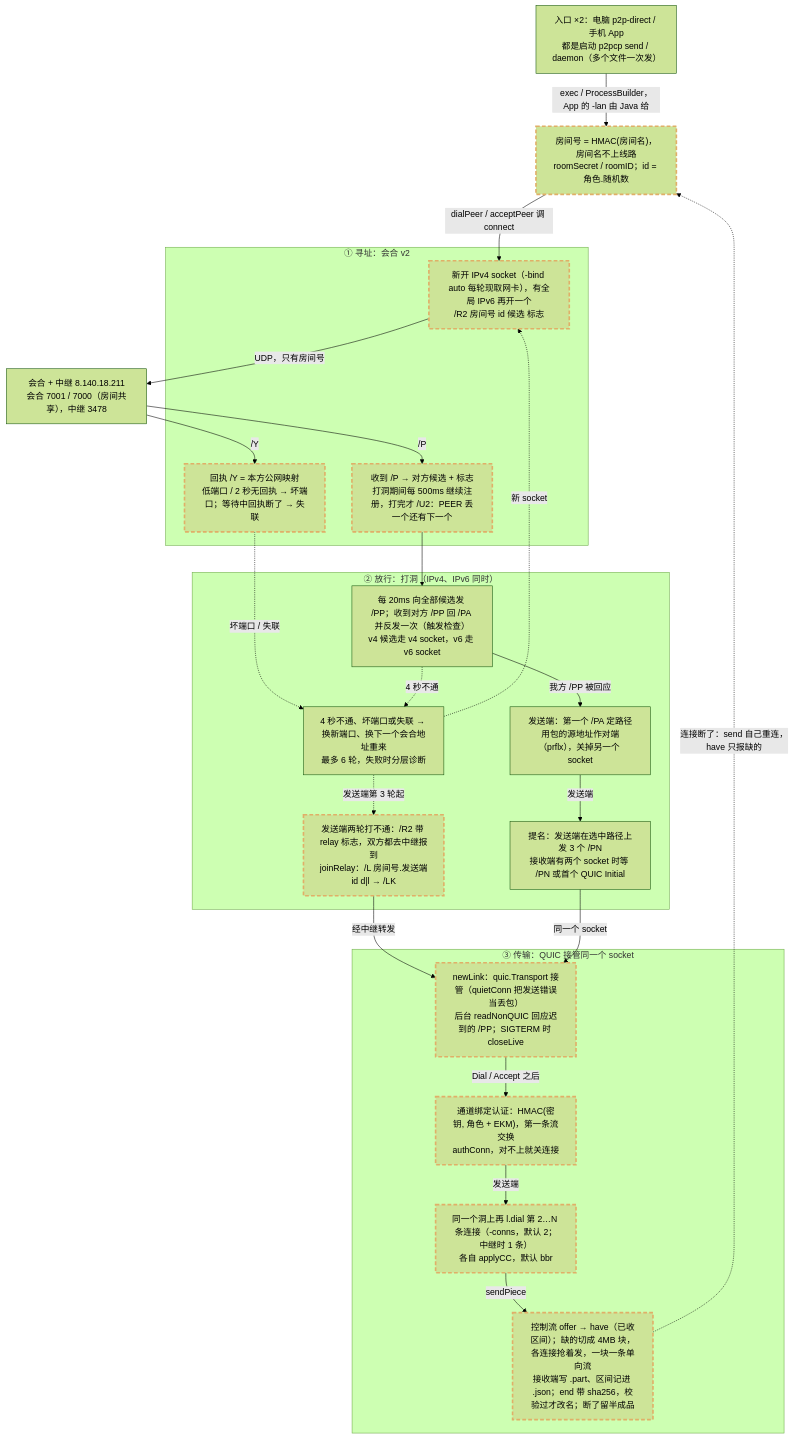
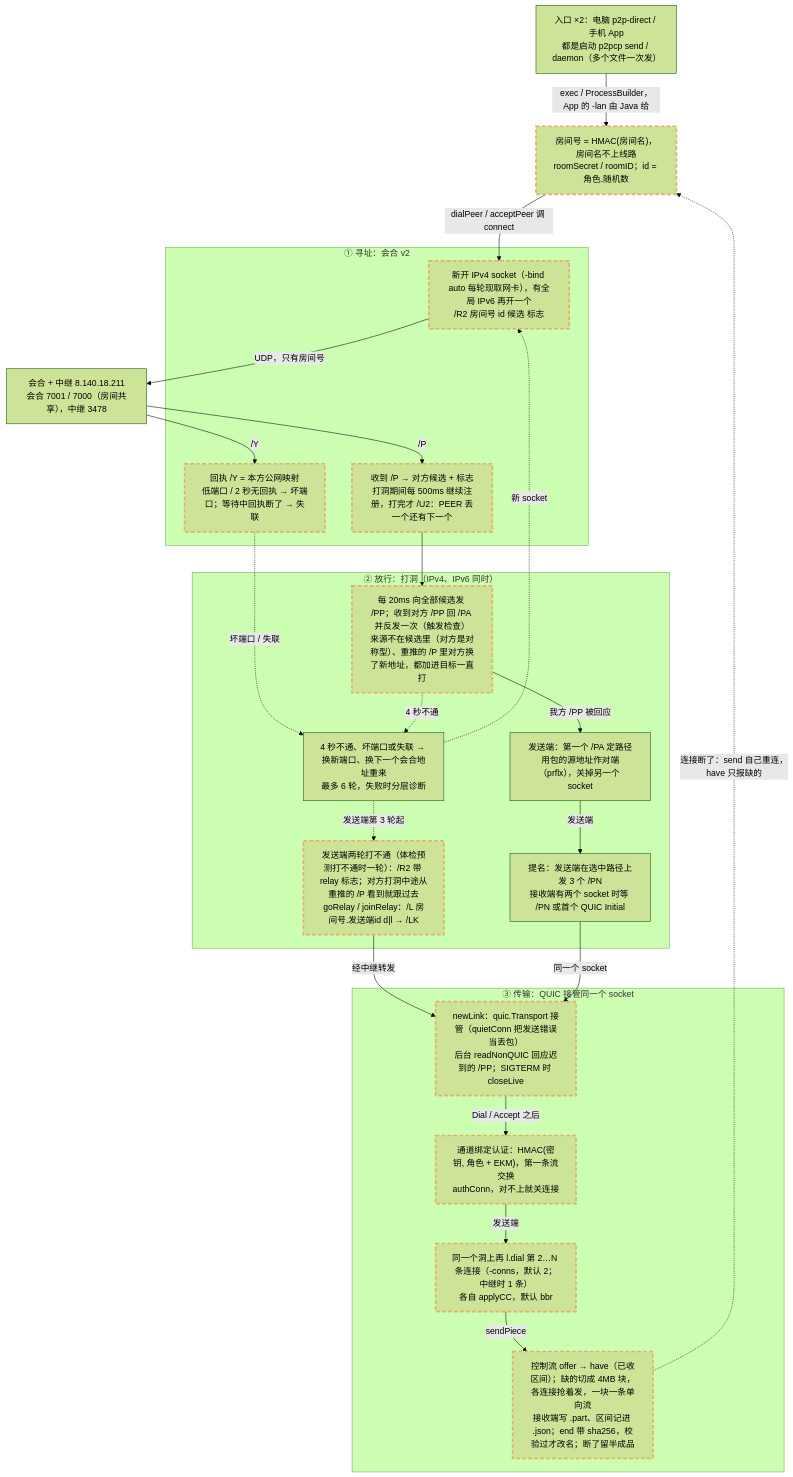
Before and after one commit to numb747/uu-remote-study: the diagram in docs/arch/24-flow-p2pcp.mmd, drawn with Mermaid (forest theme). The commit also changed 5 other files, not shown here.

First line of the commit message:
架构设计：先体检、再直传（DESIGN.md + 两张新图）

```diff
--- a/docs/arch/24-flow-p2pcp.mmd
+++ b/docs/arch/24-flow-p2pcp.mmd
@@ -1,60 +1,60 @@
 flowchart TD
   entry["入口 ×2：电脑 p2p-direct / 手机 App<br/>都是启动 p2pcp send / daemon（多个文件一次发）"]
   rid["房间号 = HMAC(房间名)，房间名不上线路<br/>roomSecret / roomID；id = 角色.随机数"]:::changed
   rdv["会合 + 中继 8.140.18.211<br/>会合 7001 / 7000（房间共享），中继 3478"]
 
   subgraph addr["① 寻址：会合 v2"]
     reg["新开 IPv4 socket（-bind auto 每轮现取网卡），有全局 IPv6 再开一个<br/>/R2 房间号 id 候选 标志"]:::changed
     you["回执 /Y = 本方公网映射<br/>低端口 / 2 秒无回执 → 坏端口；等待中回执断了 → 失联"]:::changed
     peer["收到 /P → 对方候选 + 标志<br/>打洞期间每 500ms 继续注册，打完才 /U2：PEER 丢一个还有下一个"]:::changed
   end
   subgraph pass["② 放行：打洞（IPv4、IPv6 同时）"]
-    punch["每 20ms 向全部候选发 /PP；收到对方 /PP 回 /PA 并反发一次（触发检查）<br/>v4 候选走 v4 socket，v6 走 v6 socket"]
+    punch["每 20ms 向全部候选发 /PP；收到对方 /PP 回 /PA 并反发一次（触发检查）<br/>来源不在候选里（对方是对称型）、重推的 /P 里对方换了新地址，都加进目标一直打"]:::changed
     chosen["发送端：第一个 /PA 定路径<br/>用包的源地址作对端（prflx），关掉另一个 socket"]
     nom["提名：发送端在选中路径上发 3 个 /PN<br/>接收端有两个 socket 时等 /PN 或首个 QUIC Initial"]
     retry["4 秒不通、坏端口或失联 → 换新端口、换下一个会合地址重来<br/>最多 6 轮，失败时分层诊断"]
-    relay["发送端两轮打不通：/R2 带 relay 标志，双方都去中继报到<br/>joinRelay：/L 房间号.发送端id d|l → /LK"]:::changed
+    relay["发送端两轮打不通（体检预测打不通时一轮）：/R2 带 relay 标志；对方打洞中途从重推的 /P 看到就跟过去<br/>goRelay / joinRelay：/L 房间号.发送端id d|l → /LK"]:::changed
   end
   subgraph data["③ 传输：QUIC 接管同一个 socket"]
     quic["newLink：quic.Transport 接管（quietConn 把发送错误当丢包）<br/>后台 readNonQUIC 回应迟到的 /PP；SIGTERM 时 closeLive"]:::changed
     auth["通道绑定认证：HMAC(密钥, 角色 + EKM)，第一条流交换<br/>authConn，对不上就关连接"]:::changed
     conns["同一个洞上再 l.dial 第 2…N 条连接（-conns，默认 2；中继时 1 条）<br/>各自 applyCC，默认 bbr"]:::changed
     pieces["控制流 offer → have（已收区间）；缺的切成 4MB 块，各连接抢着发，一块一条单向流<br/>接收端写 .part、区间记进 .json；end 带 sha256，校验过才改名；断了留半成品"]:::changed
   end
 
   entry -->|"exec / ProcessBuilder，App 的 -lan 由 Java 给"| rid
   rid -->|"dialPeer / acceptPeer 调 connect"| reg
   reg -->|"UDP，只有房间号"| rdv
   rdv -->|"/Y"| you
   rdv -->|"/P"| peer
   you -.->|"坏端口 / 失联"| retry
   peer --> punch
   punch -->|"我方 /PP 被回应"| chosen
   chosen -->|"发送端"| nom
   punch -.->|"4 秒不通"| retry
   retry -.->|"新 socket"| reg
   retry -.->|"发送端第 3 轮起"| relay
   relay -->|"经中继转发"| quic
   nom -->|"同一个 socket"| quic
   quic -->|"Dial / Accept 之后"| auth
   auth -->|"发送端"| conns
   conns -->|"sendPiece"| pieces
   pieces -.->|"连接断了：send 自己重连，have 只报缺的"| rid
 
 %% @src entry apps/pc/p2p-direct case ${1:-} in
 %% @src rid lab/p2pcp/auth.go func roomID(
 %% @src rdv lab/punch/main.go func runServer
-%% @src reg lab/p2pcp/rdv.go reg := fmt.Sprintf("/R2
+%% @src reg lab/p2pcp/rdv.go return []byte(fmt.Sprintf("/R2
 %% @src you lab/p2pcp/rdv.go f[0] == "/Y"
 %% @src peer lab/p2pcp/rdv.go // 打洞期间继续每 500ms 注册一次
 %% @src punch lab/p2pcp/rdv.go via.WriteToUDP(pktPunch, a)
 %% @src chosen lab/p2pcp/rdv.go choose := func(c *net.UDPConn
 %% @src nom lab/p2pcp/rdv.go chosenOn.WriteToUDP(pktNom, chosen)
 %% @src retry lab/p2pcp/rdv.go const attempts = 6
 %% @src relay lab/p2pcp/rdv.go func joinRelay(
 %% @src quic lab/p2pcp/link.go func newLink(
 %% @src auth lab/p2pcp/auth.go func authConn(
 %% @src conns lab/p2pcp/transfer.go c, err := l.dial()
 %% @src pieces lab/p2pcp/transfer.go func recvFile(
 %% @link entry 31-p2p-direct.mmd
 classDef changed stroke:#e0af68,stroke-width:3px,stroke-dasharray:7 4
```
